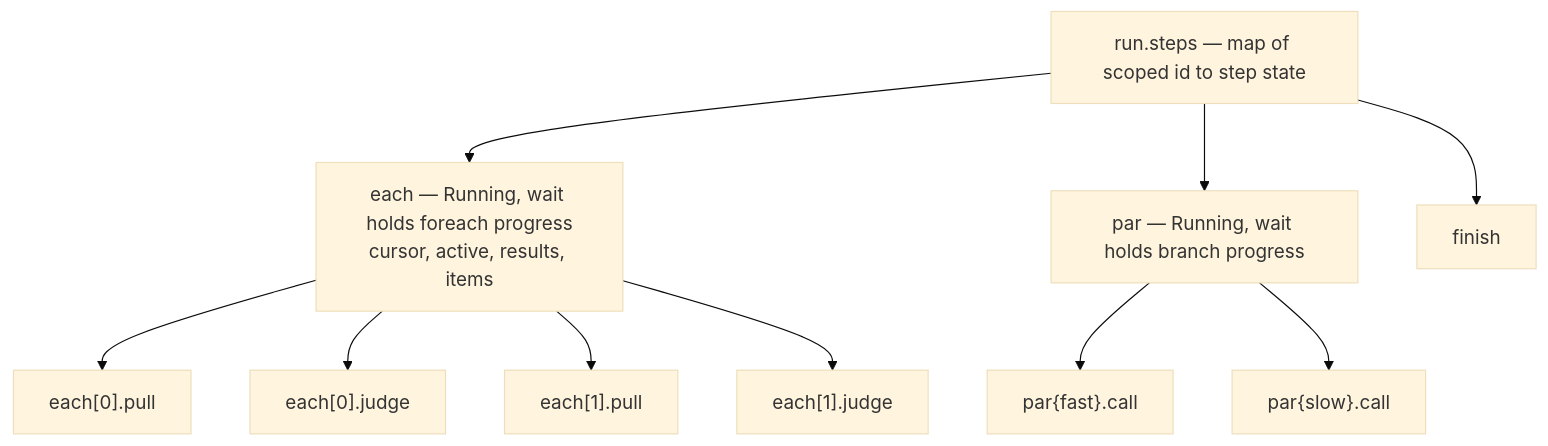
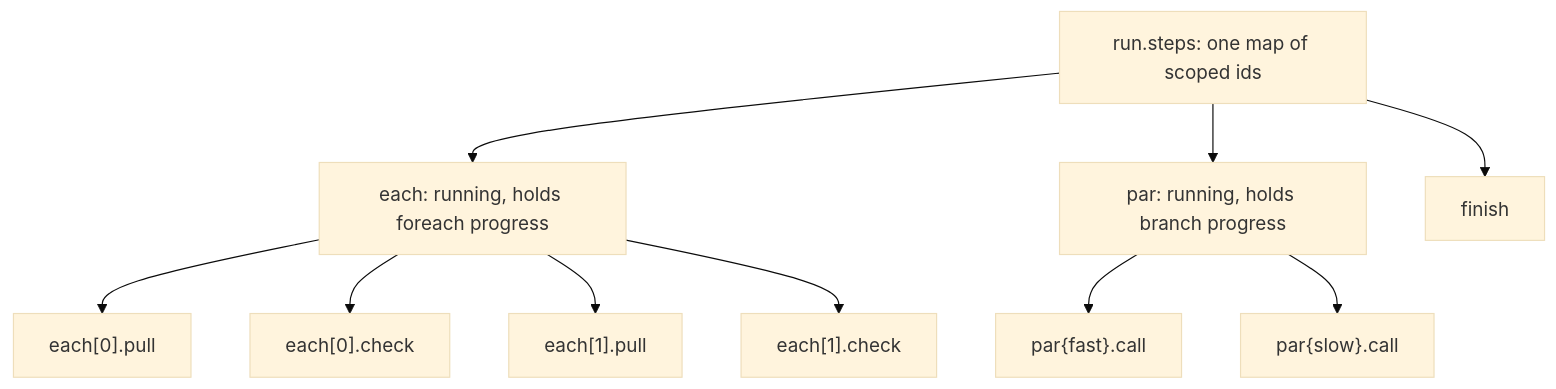
One commit to agentd-dev/source-code changed the fourth of 6 diagrams in docs/workflows.md. Above: the diagram before and after it, drawn with Mermaid (base theme). The commit also changed other lines of this file and 110 other files, not shown here.

````diff
--- a/docs/workflows.md
+++ b/docs/workflows.md
@@ -524,13 +200,12 @@
 ```mermaid
 flowchart TD
-    RUN["run.steps — map of scoped id to step state"]
-    RUN --> EACH["each — Running, wait holds foreach progress<br/>cursor, active, results, items"]
+    RUN["run.steps: one map of scoped ids"] --> EACH["each: running, holds foreach progress"]
     EACH --> E0A["each[0].pull"]
-    EACH --> E0B["each[0].judge"]
+    EACH --> E0B["each[0].check"]
     EACH --> E1A["each[1].pull"]
-    EACH --> E1B["each[1].judge"]
-    RUN --> PAR["par — Running, wait holds branch progress"]
+    EACH --> E1B["each[1].check"]
+    RUN --> PAR["par: running, holds branch progress"]
     PAR --> PA["par{fast}.call"]
     PAR --> PB["par{slow}.call"]
     RUN --> FIN["finish"]
 ```
````
